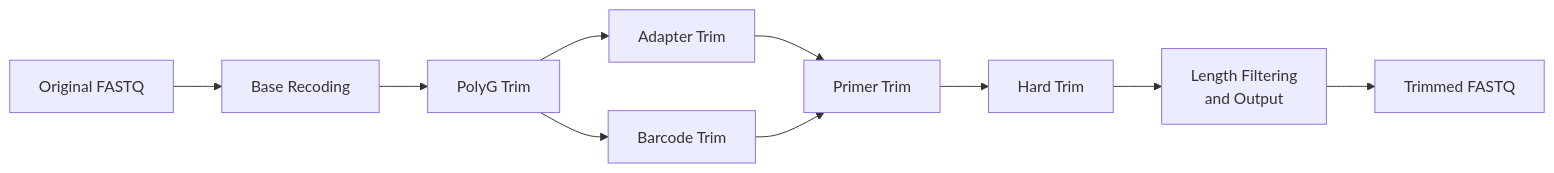
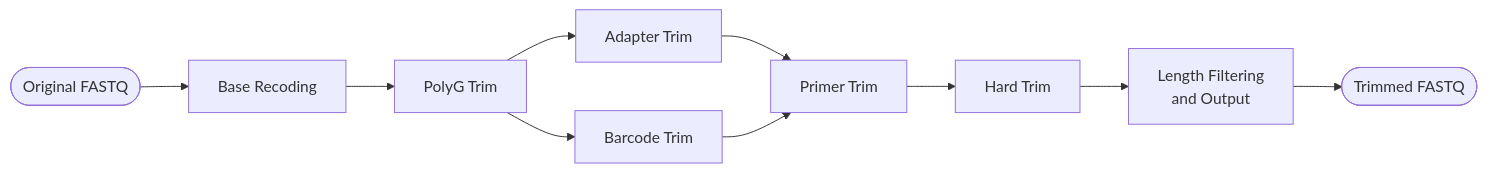
Before and after one commit to CDCgov/irma-core: the second of 2 diagrams in docs/TRIMMER.md, drawn with Mermaid. The commit also changed other lines of this file, not shown here.

````diff
--- a/docs/TRIMMER.md
+++ b/docs/TRIMMER.md
@@ -21,12 +21,12 @@
 ```mermaid
     flowchart LR
-        A[Original FASTQ] --> B[Base Recoding]
+        A([Original FASTQ]) --> B[Base Recoding]
         B --> C[PolyG Trim]
         C --> D[Adapter Trim]
         C --> E[Barcode Trim]
         D --> F[Primer Trim]
         E --> F
         F --> G[Hard Trim]
         G --> H[Length Filtering <br> and Output]
-        H --> I[Trimmed FASTQ]
+        H --> I([Trimmed FASTQ])
 ```
````
